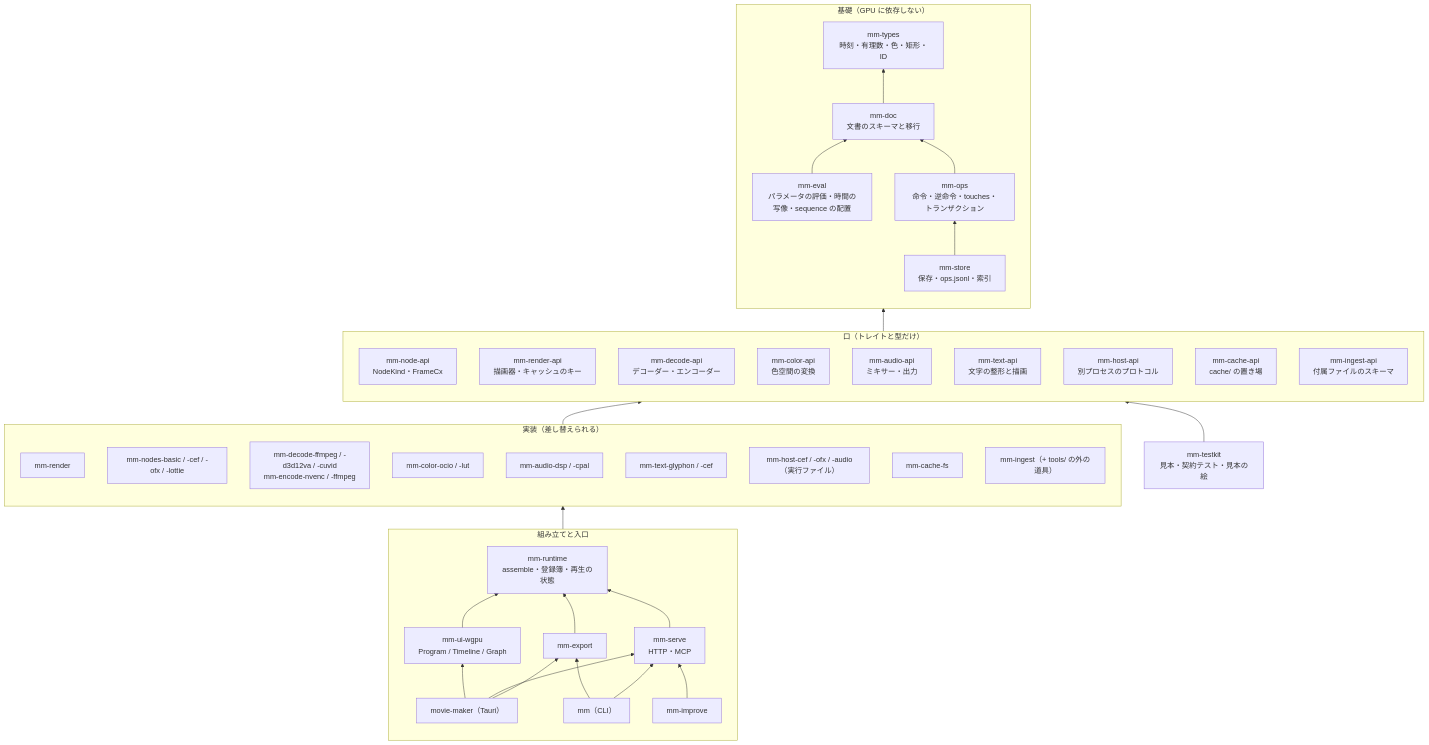
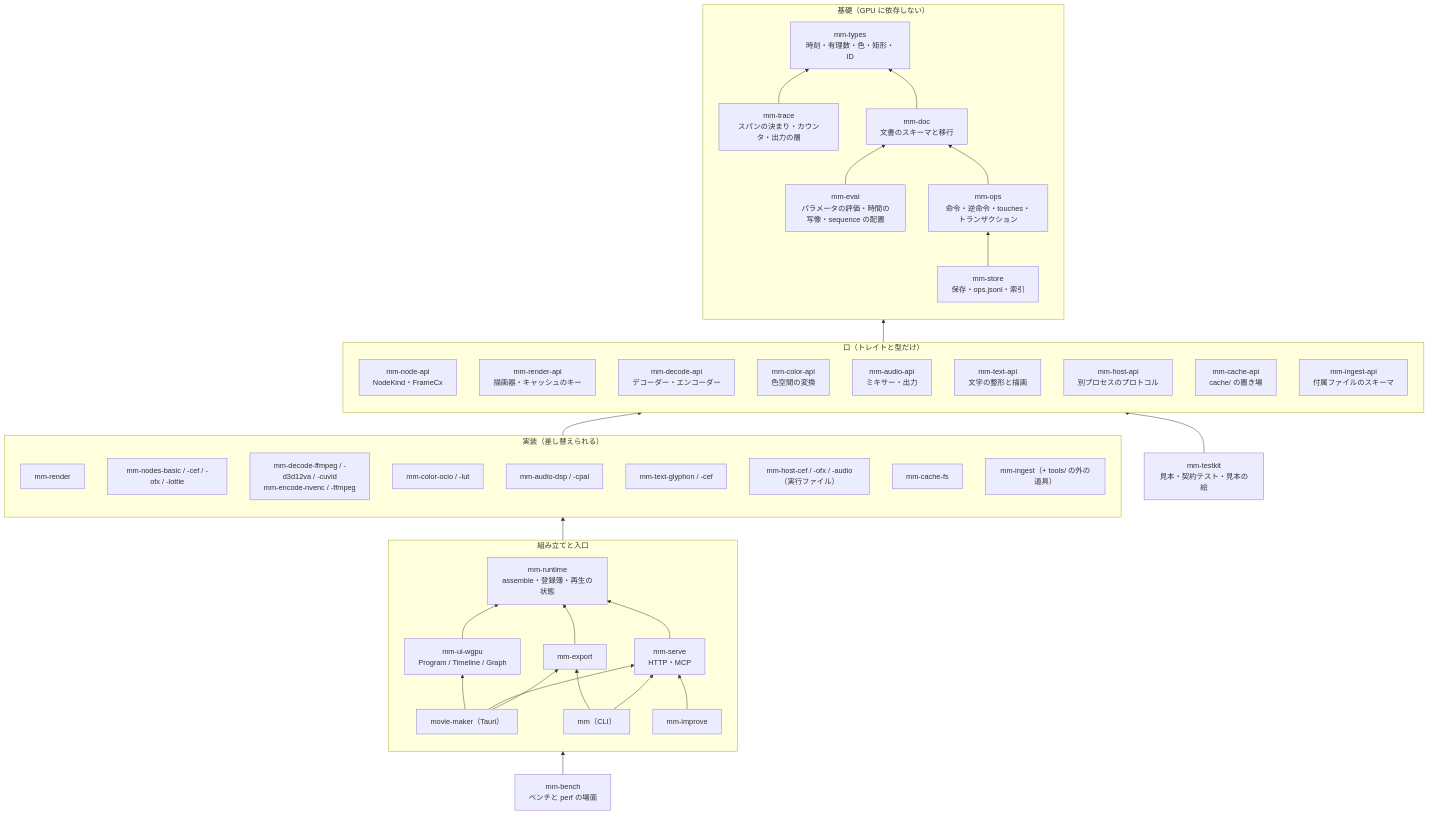
One commit to Durun/claude-marketplace changed the diagram in movie-maker/docs/design/14-dev-structure.md. Above: the diagram before and after it, drawn with Mermaid. The commit also changed other lines of this file and 8 other files, not shown here.

````diff
--- a/movie-maker/docs/design/14-dev-structure.md
+++ b/movie-maker/docs/design/14-dev-structure.md
@@ -7,62 +7,65 @@
 ```mermaid
 flowchart BT
   subgraph BASE[基礎（GPU に依存しない）]
     direction BT
     types[mm-types<br>時刻・有理数・色・矩形・ID]
     doc[mm-doc<br>文書のスキーマと移行]
     eval[mm-eval<br>パラメータの評価・時間の写像・sequence の配置]
     ops[mm-ops<br>命令・逆命令・touches・トランザクション]
     store[mm-store<br>保存・ops.jsonl・索引]
+    trace[mm-trace<br>スパンの決まり・カウンタ・出力の層]
+    trace --> types
     doc --> types
     eval --> doc
     ops --> doc
     store --> ops
   end
   subgraph API[口（トレイトと型だけ）]
     direction BT
     node_api[mm-node-api<br>NodeKind・FrameCx]
     render_api[mm-render-api<br>描画器・キャッシュのキー]
     decode_api[mm-decode-api<br>デコーダー・エンコーダー]
     color_api[mm-color-api<br>色空間の変換]
     audio_api[mm-audio-api<br>ミキサー・出力]
     text_api[mm-text-api<br>文字の整形と描画]
     host_api[mm-host-api<br>別プロセスのプロトコル]
     cache_api[mm-cache-api<br>cache/ の置き場]
     ingest_api[mm-ingest-api<br>付属ファイルのスキーマ]
   end
   subgraph IMPL[実装（差し替えられる）]
     direction BT
     render[mm-render]
     nodes[mm-nodes-basic / -cef / -ofx / -lottie]
     decode[mm-decode-ffmpeg / -d3d12va / -cuvid<br>mm-encode-nvenc / -ffmpeg]
     color[mm-color-ocio / -lut]
     audio[mm-audio-dsp / -cpal]
     text[mm-text-glyphon / -cef]
     hosts[mm-host-cef / -ofx / -audio（実行ファイル）]
     cache[mm-cache-fs]
     ingest[mm-ingest（+ tools/ の外の道具）]
   end
   subgraph ASM[組み立てと入口]
     direction BT
     runtime[mm-runtime<br>assemble・登録簿・再生の状態]
     export[mm-export]
     serve[mm-serve<br>HTTP・MCP]
     app[movie-maker（Tauri）]
     cli[mm（CLI）]
     improve[mm-improve]
     uiw[mm-ui-wgpu<br>Program / Timeline / Graph]
     export --> runtime
     serve --> runtime
     uiw --> runtime
     app --> uiw
     app --> serve
     app --> export
     cli --> export
     cli --> serve
     improve --> serve
   end
   API --> BASE
   IMPL --> API
   runtime --> IMPL
   testkit[mm-testkit<br>見本・契約テスト・見本の絵] --> API
+  bench[mm-bench<br>ベンチと perf の場面] --> runtime
 ```
````
